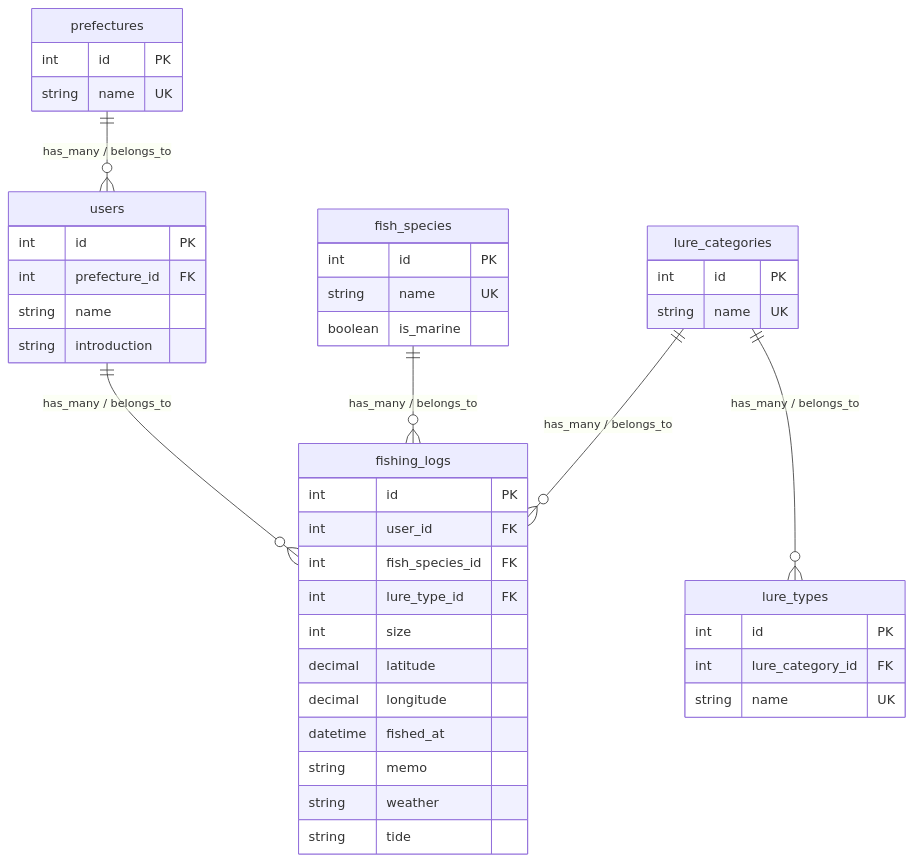
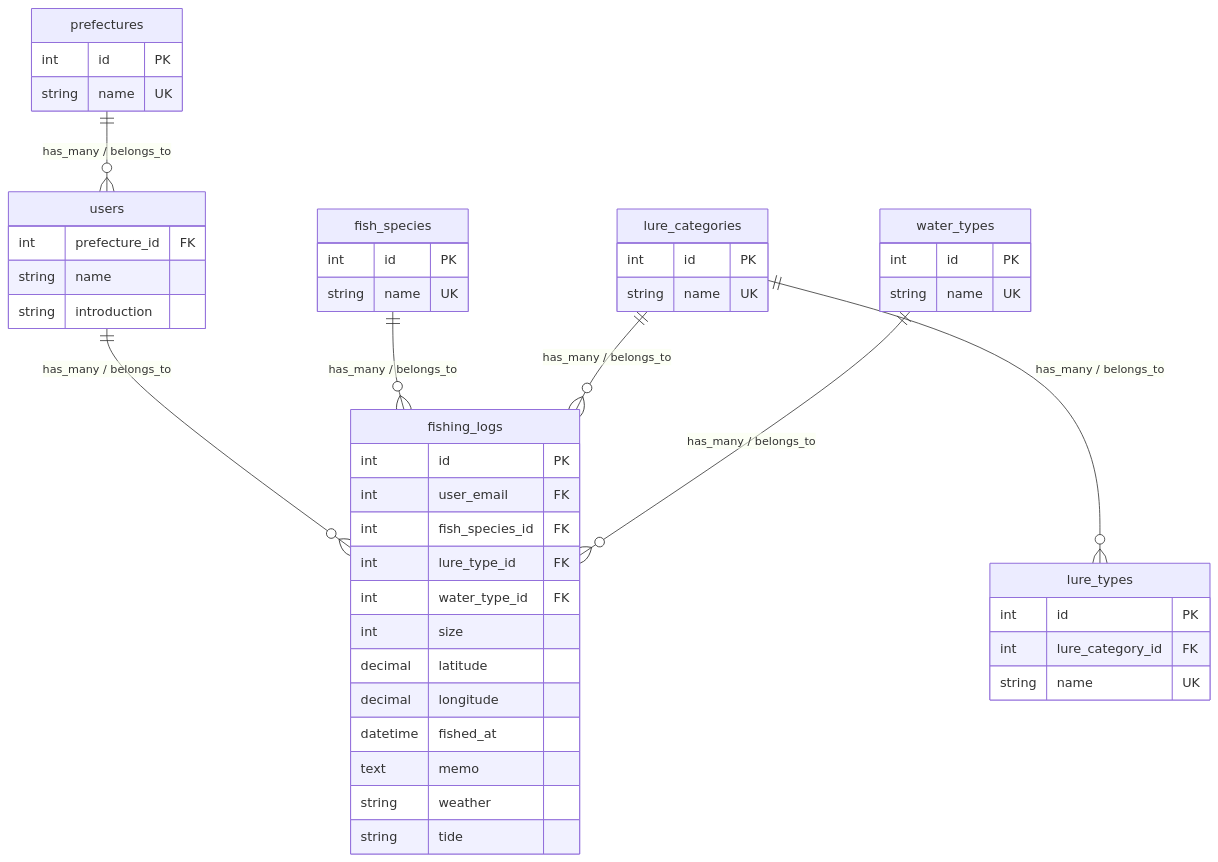
The diagram in README.md (yusakumer/fishing_app), drawn with Mermaid before and after one commit.

Commit message:
ER図追加修正

````diff
--- a/README.md
+++ b/README.md
@@ -1,52 +1,57 @@
 ```mermaid
 erDiagram
 
     prefectures ||--o{ users : "has_many / belongs_to"
     users ||--o{ fishing_logs : "has_many / belongs_to"
     fish_species ||--o{ fishing_logs : "has_many / belongs_to"
     lure_categories ||--o{ lure_types : "has_many / belongs_to"
     lure_categories ||--o{ fishing_logs : "has_many / belongs_to"
+    water_types ||--o{ fishing_logs : "has_many / belongs_to"
 
     prefectures {
         int id PK
         string name UK
     }
 
     users {
-        int id PK
         int prefecture_id FK
         string name
         string introduction
     }
 
     fishing_logs {
         int id PK
-        int user_id FK
+        int user_email FK
         int fish_species_id FK
         int lure_type_id FK
+        int water_type_id FK
         int size
         decimal latitude
         decimal longitude
         datetime fished_at
-        string memo
+        text memo
         string weather
         string tide
     }
 
     fish_species {
         int id PK
         string name UK
-        boolean is_marine
     }
 
     lure_categories {
         int id PK
         string name UK
     }
 
     lure_types {
         int id PK
         int lure_category_id FK
         string name UK
     }
+
+    water_types {
+        int id PK
+        string name UK
+    }
 ```
````
